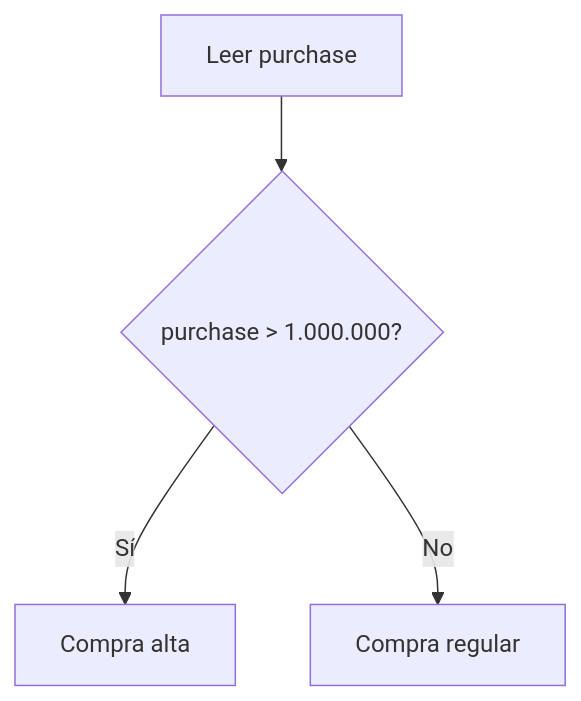
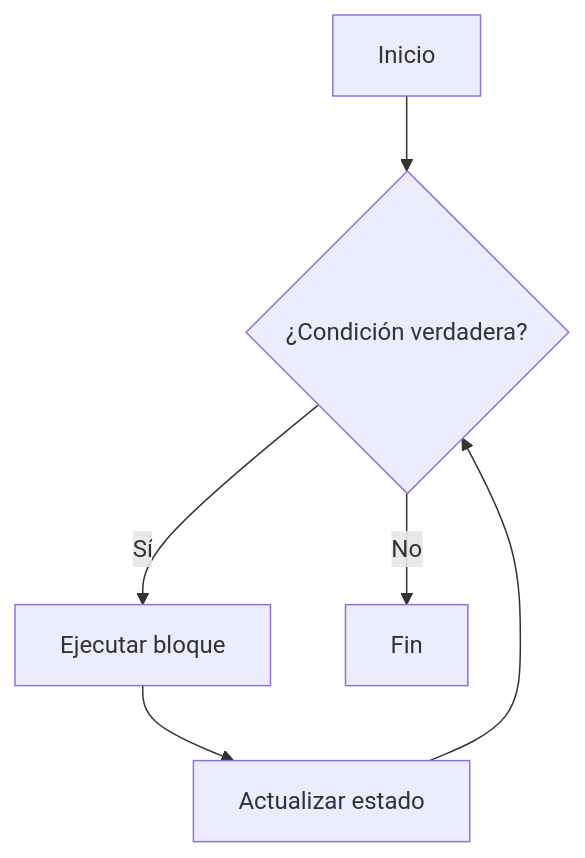
One commit to DIALVEBE/DataScienceProgramming changed the sixth of 11 diagrams in sessions/session-01_es.md. Above: the diagram before and after it, drawn with Mermaid. The commit also changed other lines of this file and 9 other files, not shown here.

````diff
--- a/sessions/session-01_es.md
+++ b/sessions/session-01_es.md
@@ -419,6 +385,8 @@
 ```mermaid
 flowchart TD
-    A[Leer purchase] --> B{purchase > 1.000.000?}
-    B -- Sí --> C[Compra alta]
-    B -- No --> D[Compra regular]
+    A[Inicio] --> B{¿Condición verdadera?}
+    B -- Sí --> C[Ejecutar bloque]
+    C --> D[Actualizar estado]
+    D --> B
+    B -- No --> E[Fin]
 ```
````
